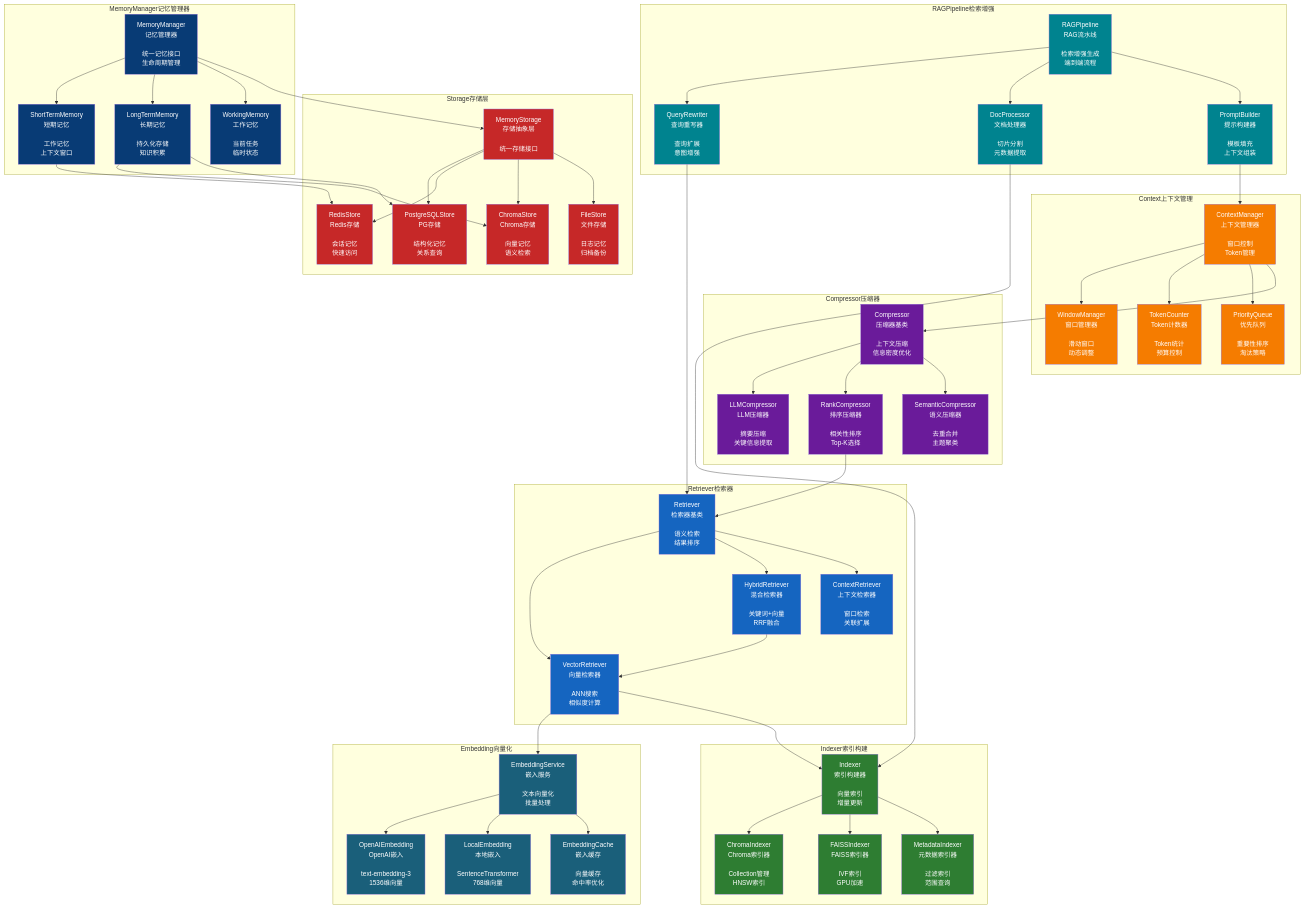
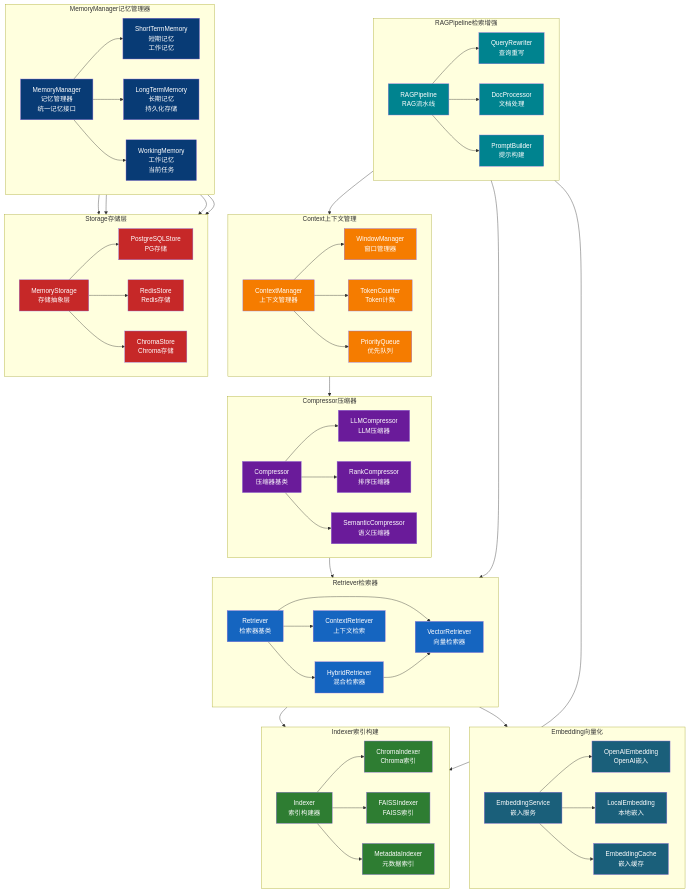
The first of 2 diagrams in OpsPilot/docs/architecture/module-memory.md (Aiting-for-you/OpsPilot), drawn with Mermaid before and after one commit. The commit also changed 6 other files, not shown here.

Commit message:
style: 优化架构图布局，整体呈类矩形结构

````diff
--- a/OpsPilot/docs/architecture/module-memory.md
+++ b/OpsPilot/docs/architecture/module-memory.md
@@ -5,104 +5,108 @@
 ```mermaid
 graph TB
-    subgraph MemoryManager记忆管理器
-        MM[MemoryManager<br/>记忆管理器<br/><br/>统一记忆接口<br/>生命周期管理]
-        MM_SHORT[ShortTermMemory<br/>短期记忆<br/><br/>工作记忆<br/>上下文窗口]
-        MM_LONG[LongTermMemory<br/>长期记忆<br/><br/>持久化存储<br/>知识积累]
-        MM_WORK[WorkingMemory<br/>工作记忆<br/><br/>当前任务<br/>临时状态]
+    %% ==================== 第一行：记忆管理器 ====================
+    subgraph L1[MemoryManager记忆管理器]
+        direction LR
+        MM[MemoryManager<br/>记忆管理器<br/>统一记忆接口]
+        MM_SHORT[ShortTermMemory<br/>短期记忆<br/>工作记忆]
+        MM_LONG[LongTermMemory<br/>长期记忆<br/>持久化存储]
+        MM_WORK[WorkingMemory<br/>工作记忆<br/>当前任务]
     end
 
-    subgraph Embedding向量化
-        EMBED[EmbeddingService<br/>嵌入服务<br/><br/>文本向量化<br/>批量处理]
-        EMBED_OPEN[OpenAIEmbedding<br/>OpenAI嵌入<br/><br/>text-embedding-3<br/>1536维向量]
-        EMBED_LOCAL[LocalEmbedding<br/>本地嵌入<br/><br/>SentenceTransformer<br/>768维向量]
-        EMBED_CACHE[EmbeddingCache<br/>嵌入缓存<br/><br/>向量缓存<br/>命中率优化]
+    %% ==================== 第二行：向量化与索引 ====================
+    subgraph L2A[Embedding向量化]
+        direction LR
+        EMBED[EmbeddingService<br/>嵌入服务]
+        EMBED_OPEN[OpenAIEmbedding<br/>OpenAI嵌入]
+        EMBED_LOCAL[LocalEmbedding<br/>本地嵌入]
+        EMBED_CACHE[EmbeddingCache<br/>嵌入缓存]
     end
 
-    subgraph Indexer索引构建
-        IDX[Indexer<br/>索引构建器<br/><br/>向量索引<br/>增量更新]
-        IDX_CHROMA[ChromaIndexer<br/>Chroma索引器<br/><br/>Collection管理<br/>HNSW索引]
-        IDX_FAISS[FAISSIndexer<br/>FAISS索引器<br/><br/>IVF索引<br/>GPU加速]
-        IDX_META[MetadataIndexer<br/>元数据索引器<br/><br/>过滤索引<br/>范围查询]
+    subgraph L2B[Indexer索引构建]
+        direction LR
+        IDX[Indexer<br/>索引构建器]
+        IDX_CHROMA[ChromaIndexer<br/>Chroma索引]
+        IDX_FAISS[FAISSIndexer<br/>FAISS索引]
+        IDX_META[MetadataIndexer<br/>元数据索引]
     end
 
-    subgraph Retriever检索器
-        RET[Retriever<br/>检索器基类<br/><br/>语义检索<br/>结果排序]
-        RET_VEC[VectorRetriever<br/>向量检索器<br/><br/>ANN搜索<br/>相似度计算]
-        RET_HYB[HybridRetriever<br/>混合检索器<br/><br/>关键词+向量<br/>RRF融合]
-        RET_CTX[ContextRetriever<br/>上下文检索器<br/><br/>窗口检索<br/>关联扩展]
+    %% ==================== 第三行：检索器 ====================
+    subgraph L3[Retriever检索器]
+        direction LR
+        RET[Retriever<br/>检索器基类]
+        RET_VEC[VectorRetriever<br/>向量检索器]
+        RET_HYB[HybridRetriever<br/>混合检索器]
+        RET_CTX[ContextRetriever<br/>上下文检索]
     end
 
-    subgraph Compressor压缩器
-        COMP[Compressor<br/>压缩器基类<br/><br/>上下文压缩<br/>信息密度优化]
-        COMP_LLM[LLMCompressor<br/>LLM压缩器<br/><br/>摘要压缩<br/>关键信息提取]
-        COMP_RANK[RankCompressor<br/>排序压缩器<br/><br/>相关性排序<br/>Top-K选择]
-        COMP_SEM[SemanticCompressor<br/>语义压缩器<br/><br/>去重合并<br/>主题聚类]
+    %% ==================== 第四行：压缩器 ====================
+    subgraph L4[Compressor压缩器]
+        direction LR
+        COMP[Compressor<br/>压缩器基类]
+        COMP_LLM[LLMCompressor<br/>LLM压缩器]
+        COMP_RANK[RankCompressor<br/>排序压缩器]
+        COMP_SEM[SemanticCompressor<br/>语义压缩器]
     end
 
-    subgraph Storage存储层
-        STORE[MemoryStorage<br/>存储抽象层<br/><br/>统一存储接口]
-        STORE_PG[PostgreSQLStore<br/>PG存储<br/><br/>结构化记忆<br/>关系查询]
-        STORE_REDIS[RedisStore<br/>Redis存储<br/><br/>会话记忆<br/>快速访问]
-        STORE_CHROMA[ChromaStore<br/>Chroma存储<br/><br/>向量记忆<br/>语义检索]
-        STORE_FILE[FileStore<br/>文件存储<br/><br/>日志记忆<br/>归档备份]
+    %% ==================== 第五行：存储层 ====================
+    subgraph L5[Storage存储层]
+        direction LR
+        STORE[MemoryStorage<br/>存储抽象层]
+        STORE_PG[PostgreSQLStore<br/>PG存储]
+        STORE_REDIS[RedisStore<br/>Redis存储]
+        STORE_CHROMA[ChromaStore<br/>Chroma存储]
     end
 
-    subgraph Context上下文管理
-        CTX[ContextManager<br/>上下文管理器<br/><br/>窗口控制<br/>Token管理]
-        CTX_WIN[WindowManager<br/>窗口管理器<br/><br/>滑动窗口<br/>动态调整]
-        CTX_TOK[TokenCounter<br/>Token计数器<br/><br/>Token统计<br/>预算控制]
-        CTX_PRIO[PriorityQueue<br/>优先队列<br/><br/>重要性排序<br/>淘汰策略]
+    %% ==================== 第六行：上下文与RAG ====================
+    subgraph L6A[Context上下文管理]
+        direction LR
+        CTX[ContextManager<br/>上下文管理器]
+        CTX_WIN[WindowManager<br/>窗口管理器]
+        CTX_TOK[TokenCounter<br/>Token计数]
+        CTX_PRIO[PriorityQueue<br/>优先队列]
     end
 
-    subgraph RAGPipeline检索增强
-        RAG[RAGPipeline<br/>RAG流水线<br/><br/>检索增强生成<br/>端到端流程]
-        RAG_QUERY[QueryRewriter<br/>查询重写器<br/><br/>查询扩展<br/>意图增强]
-        RAG_DOC[DocProcessor<br/>文档处理器<br/><br/>切片分割<br/>元数据提取]
-        RAG_PROMPT[PromptBuilder<br/>提示构建器<br/><br/>模板填充<br/>上下文组装]
+    subgraph L6B[RAGPipeline检索增强]
+        direction LR
+        RAG[RAGPipeline<br/>RAG流水线]
+        RAG_QUERY[QueryRewriter<br/>查询重写]
+        RAG_DOC[DocProcessor<br/>文档处理]
+        RAG_PROMPT[PromptBuilder<br/>提示构建]
     end
 
-    %% MemoryManager内部连接
+    %% ==================== 层间连接 ====================
     MM --> MM_SHORT
     MM --> MM_LONG
     MM --> MM_WORK
 
-    %% Embedding内部连接
     EMBED --> EMBED_OPEN
     EMBED --> EMBED_LOCAL
     EMBED --> EMBED_CACHE
 
-    %% Indexer内部连接
     IDX --> IDX_CHROMA
     IDX --> IDX_FAISS
     IDX --> IDX_META
 
-    %% Retriever内部连接
     RET --> RET_VEC
     RET --> RET_HYB
     RET --> RET_CTX
 
-    %% Compressor内部连接
     COMP --> COMP_LLM
     COMP --> COMP_RANK
     COMP --> COMP_SEM
 
-    %% Storage内部连接
     STORE --> STORE_PG
     STORE --> STORE_REDIS
     STORE --> STORE_CHROMA
-    STORE --> STORE_FILE
 
-    %% Context内部连接
     CTX --> CTX_WIN
     CTX --> CTX_TOK
     CTX --> CTX_PRIO
 
-    %% RAG内部连接
     RAG --> RAG_QUERY
     RAG --> RAG_DOC
     RAG --> RAG_PROMPT
 
-    %% 模块间连接
     MM --> STORE
     MM_SHORT --> STORE_REDIS
     MM_LONG --> STORE_CHROMA
@@ -116,7 +120,7 @@
     RAG_DOC --> IDX
     RAG_PROMPT --> CTX
 
-    %% 样式
+    %% ==================== 样式 ====================
     classDef primary fill:#083B75,color:#fff
     classDef embedding fill:#1a5f7a,color:#fff
     classDef index fill:#2e7d32,color:#fff
@@ -131,7 +135,7 @@
     class IDX,IDX_CHROMA,IDX_FAISS,IDX_META index
     class RET,RET_VEC,RET_HYB,RET_CTX retrieval
     class COMP,COMP_LLM,COMP_RANK,COMP_SEM compress
-    class STORE,STORE_PG,STORE_REDIS,STORE_CHROMA,STORE_FILE storage
+    class STORE,STORE_PG,STORE_REDIS,STORE_CHROMA storage
     class CTX,CTX_WIN,CTX_TOK,CTX_PRIO context
     class RAG,RAG_QUERY,RAG_DOC,RAG_PROMPT rag
 ```
````
